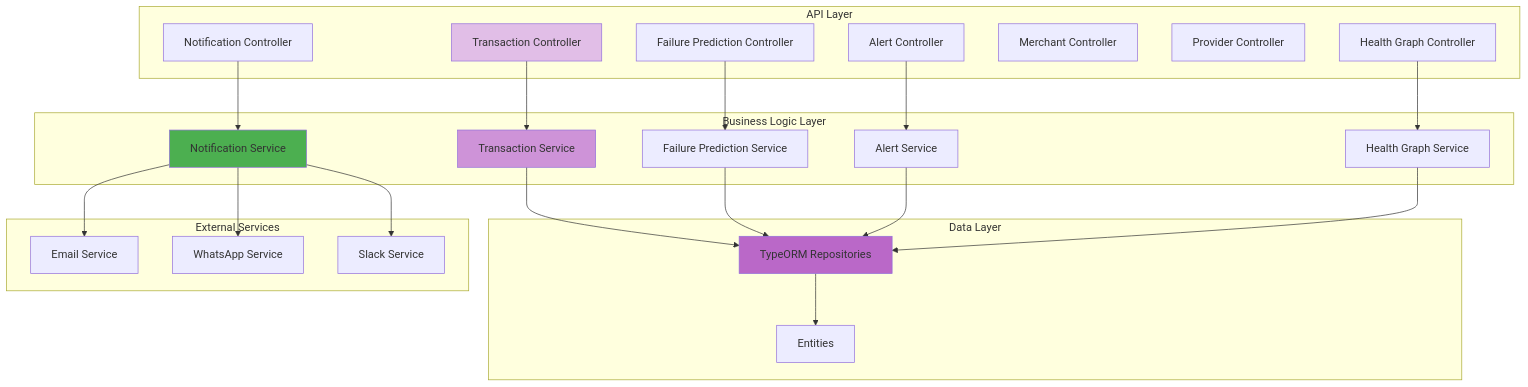
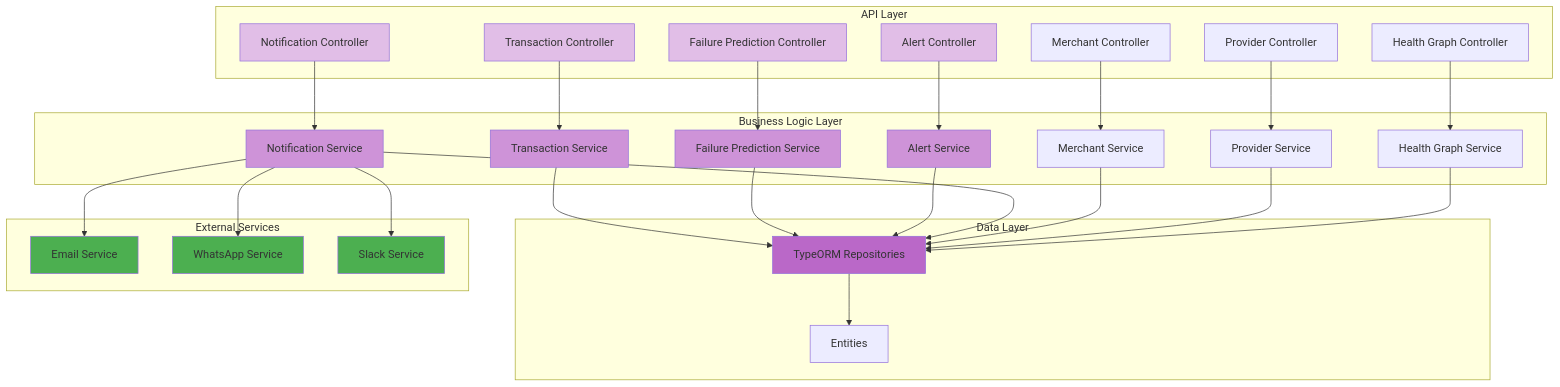
Before and after one commit to juandarn/Yuno-Back-Reto2: the second of 5 diagrams in README.md, drawn with Mermaid. The commit also changed other lines of this file, not shown here.

First line of the commit message:
Revise component diagrams and service connections

````diff
--- a/README.md
+++ b/README.md
@@ -161,53 +166,68 @@
 ```mermaid
 graph TB
     subgraph "API Layer"
         TC[Transaction Controller]
         FPC[Failure Prediction Controller]
         AC[Alert Controller]
         NC[Notification Controller]
         MC[Merchant Controller]
         PC[Provider Controller]
         HGC[Health Graph Controller]
     end
     
     subgraph "Business Logic Layer"
         TS[Transaction Service]
         FPS[Failure Prediction Service]
         AS[Alert Service]
         NS[Notification Service]
+        MS[Merchant Service]
+        PS[Provider Service]
         HGS[Health Graph Service]
     end
     
     subgraph "Data Layer"
         TR[TypeORM Repositories]
         ENT[Entities]
     end
     
     subgraph "External Services"
         EMAIL[Email Service]
         WA[WhatsApp Service]
         SL[Slack Service]
     end
     
     TC --> TS
     FPC --> FPS
     AC --> AS
     NC --> NS
+    MC --> MS
+    PC --> PS
     HGC --> HGS
     
     TS --> TR
     FPS --> TR
     AS --> TR
+    NS --> TR
+    MS --> TR
+    PS --> TR
     HGS --> TR
     
     NS --> EMAIL
     NS --> WA
     NS --> SL
     
     TR --> ENT
     
     style TC fill:#e1bee7
+    style FPC fill:#e1bee7
+    style AC fill:#e1bee7
+    style NC fill:#e1bee7
     style TS fill:#ce93d8
+    style FPS fill:#ce93d8
+    style AS fill:#ce93d8
+    style NS fill:#ce93d8
     style TR fill:#ba68c8
-    style NS fill:#4caf50
+    style EMAIL fill:#4caf50
+    style WA fill:#4caf50
+    style SL fill:#4caf50
 ```
````
